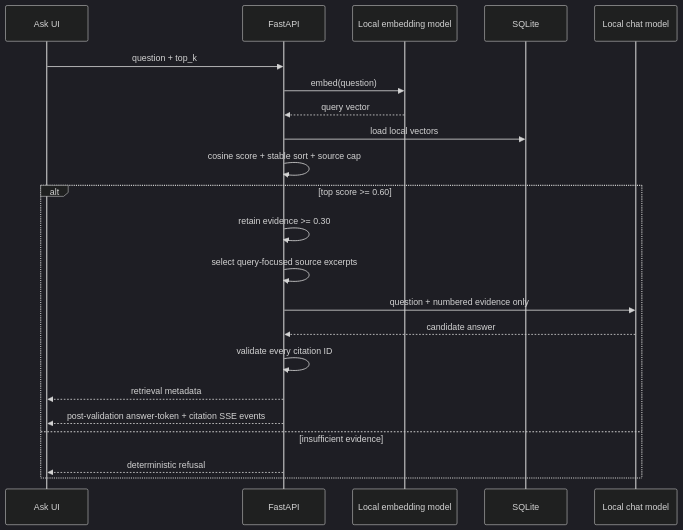
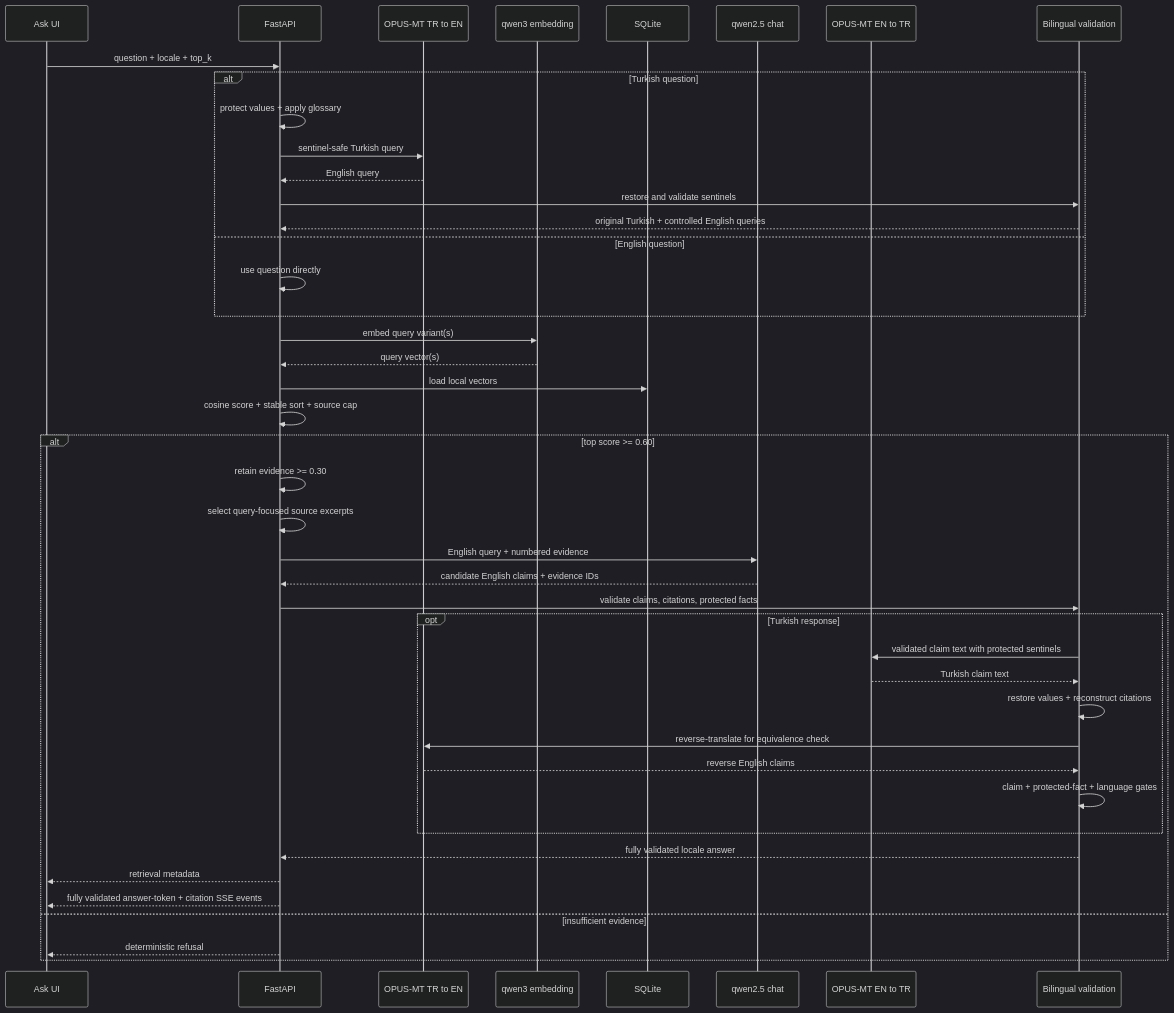
One commit to furkan-sarica/tracefold changed the second of 2 diagrams in docs/architecture.md. Above: the diagram before and after it, drawn with Mermaid (dark theme). The commit also changed other lines of this file and 47 other files, not shown here.

````diff
--- a/docs/architecture.md
+++ b/docs/architecture.md
@@ -80,25 +103,46 @@
 ```mermaid
 sequenceDiagram
     participant UI as Ask UI
     participant API as FastAPI
-    participant EMB as Local embedding model
+    participant TR_EN as OPUS-MT TR to EN
+    participant EMB as qwen3 embedding
     participant DB as SQLite
-    participant LLM as Local chat model
+    participant LLM as qwen2.5 chat
+    participant EN_TR as OPUS-MT EN to TR
+    participant GATE as Bilingual validation
 
-    UI->>API: question + top_k
-    API->>EMB: embed(question)
-    EMB-->>API: query vector
+    UI->>API: question + locale + top_k
+    alt Turkish question
+        API->>API: protect values + apply glossary
+        API->>TR_EN: sentinel-safe Turkish query
+        TR_EN-->>API: English query
+        API->>GATE: restore and validate sentinels
+        GATE-->>API: original Turkish + controlled English queries
+    else English question
+        API->>API: use question directly
+    end
+    API->>EMB: embed query variant(s)
+    EMB-->>API: query vector(s)
     API->>DB: load local vectors
     API->>API: cosine score + stable sort + source cap
     alt top score >= 0.60
         API->>API: retain evidence >= 0.30
         API->>API: select query-focused source excerpts
-        API->>LLM: question + numbered evidence only
-        LLM-->>API: candidate answer
-        API->>API: validate every citation ID
+        API->>LLM: English query + numbered evidence
+        LLM-->>API: candidate English claims + evidence IDs
+        API->>GATE: validate claims, citations, protected facts
+        opt Turkish response
+            GATE->>EN_TR: validated claim text with protected sentinels
+            EN_TR-->>GATE: Turkish claim text
+            GATE->>GATE: restore values + reconstruct citations
+            GATE->>TR_EN: reverse-translate for equivalence check
+            TR_EN-->>GATE: reverse English claims
+            GATE->>GATE: claim + protected-fact + language gates
+        end
+        GATE-->>API: fully validated locale answer
         API-->>UI: retrieval metadata
-        API-->>UI: post-validation answer-token + citation SSE events
+        API-->>UI: fully validated answer-token + citation SSE events
     else insufficient evidence
         API-->>UI: deterministic refusal
     end
 ```
````
